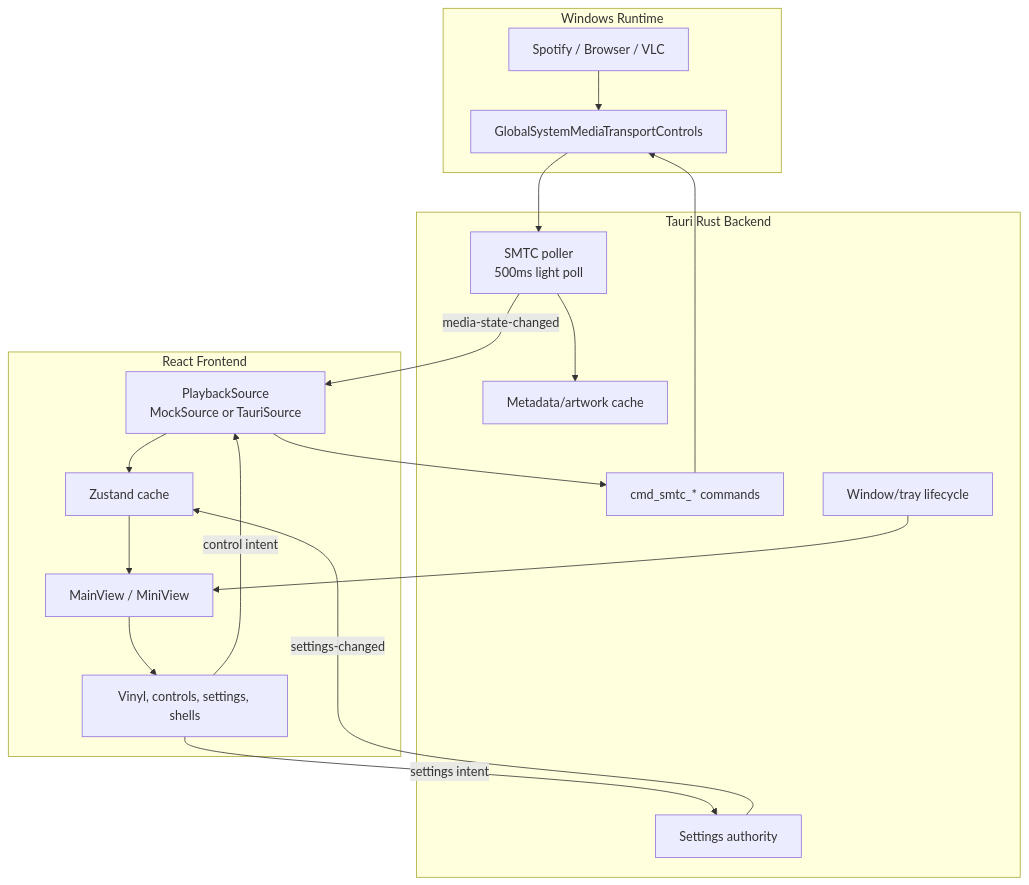
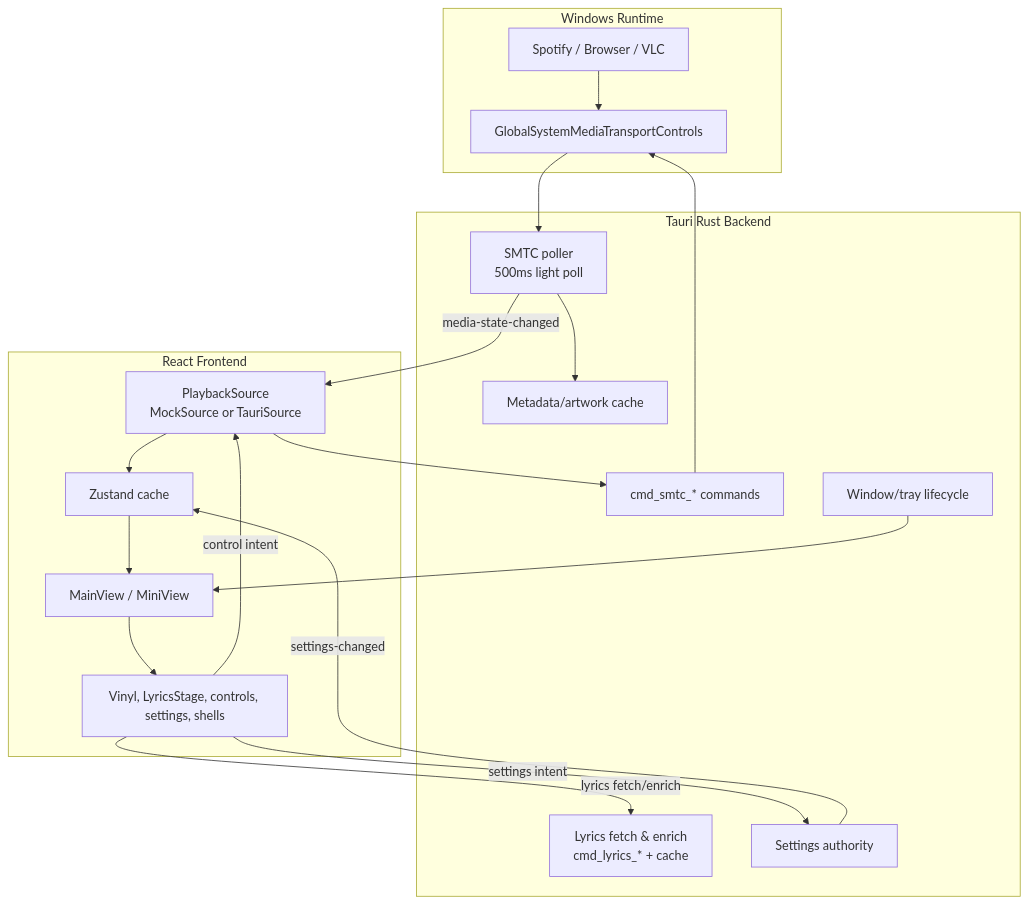
The first of 5 diagrams in docs/ARCHITECTURE.md (ItsRudraksh/vinyldeck), drawn with Mermaid before and after one commit. The commit also changed other lines of this file and 195 other files, not shown here.

````diff
--- a/docs/ARCHITECTURE.md
+++ b/docs/ARCHITECTURE.md
@@ -7,36 +7,38 @@
 ```mermaid
 flowchart TB
   subgraph Windows["Windows Runtime"]
     Player["Spotify / Browser / VLC"]
     SMTC["GlobalSystemMediaTransportControls"]
   end
 
   subgraph Backend["Tauri Rust Backend"]
     Poller["SMTC poller\n500ms light poll"]
     Cache["Metadata/artwork cache"]
     Commands["cmd_smtc_* commands"]
+    Lyrics["Lyrics fetch & enrich\ncmd_lyrics_* + cache"]
     Settings["Settings authority"]
     Window["Window/tray lifecycle"]
   end
 
   subgraph Frontend["React Frontend"]
     Source["PlaybackSource\nMockSource or TauriSource"]
     Store["Zustand cache"]
     Views["MainView / MiniView"]
-    Components["Vinyl, controls, settings, shells"]
+    Components["Vinyl, LyricsStage, controls, settings, shells"]
   end
 
   Player --> SMTC
   SMTC --> Poller
   Poller --> Cache
   Poller -->|"media-state-changed"| Source
   Commands --> SMTC
   Source --> Store
   Store --> Views
   Views --> Components
   Components -->|"control intent"| Source
   Source --> Commands
+  Components -->|"lyrics fetch/enrich"| Lyrics
   Components -->|"settings intent"| Settings
   Settings -->|"settings-changed"| Store
   Window --> Views
 ```
````
